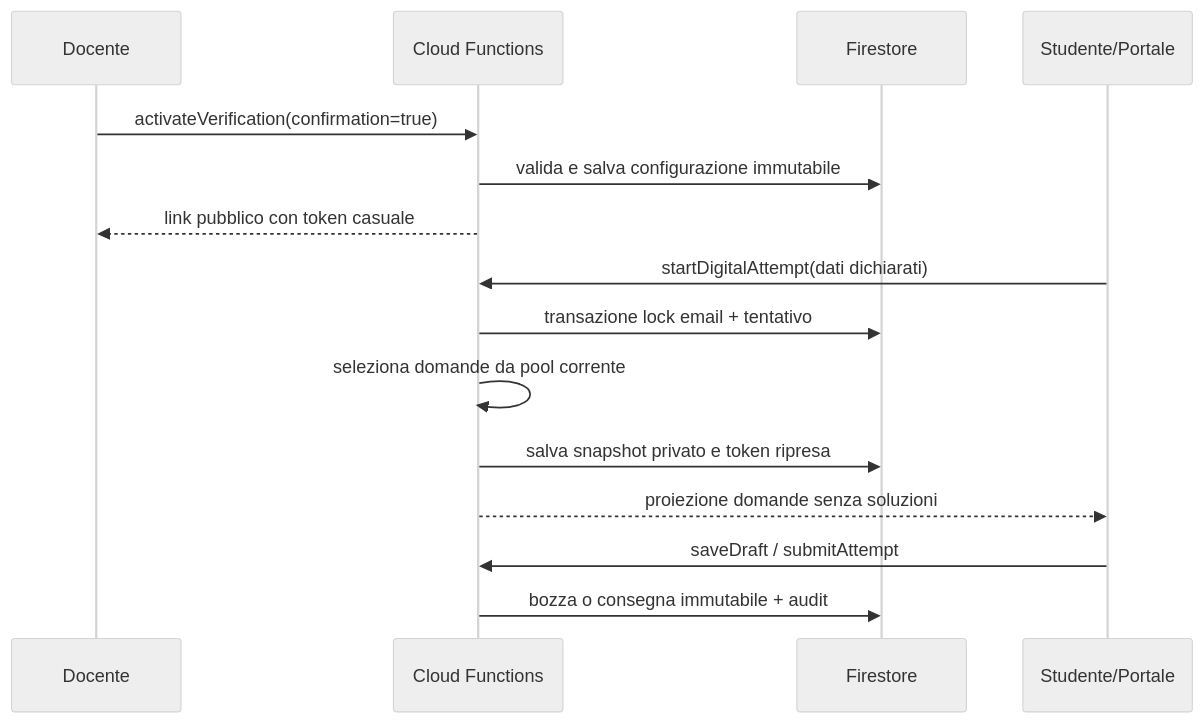
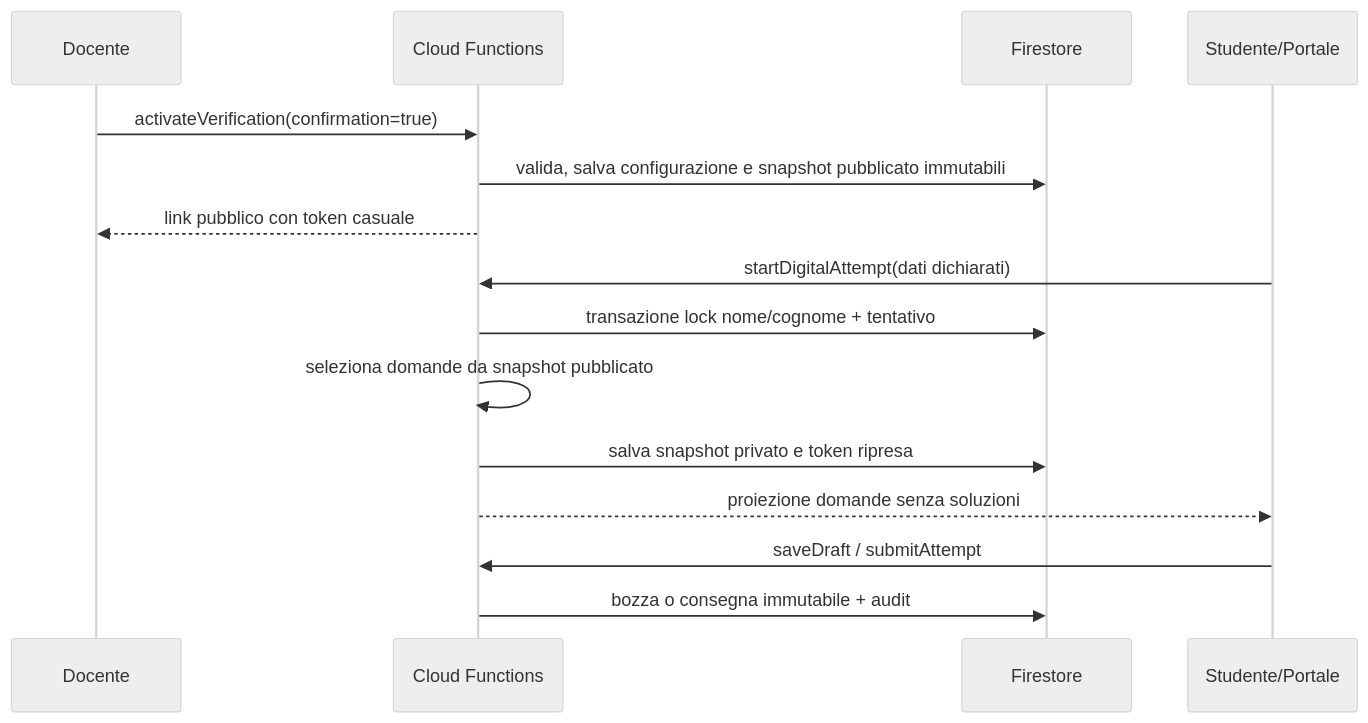
One commit to EnricoPaparo/SchoolForge changed the diagram in documentazione/diagrammi/sequence-pubblicazione-verifica.md. Above: the diagram before and after it, drawn with Mermaid (neutral theme). The commit also changed other lines of this file and 15 other files, not shown here.

````diff
--- a/documentazione/diagrammi/sequence-pubblicazione-verifica.md
+++ b/documentazione/diagrammi/sequence-pubblicazione-verifica.md
@@ -3,20 +3,20 @@
 ```mermaid
 sequenceDiagram
     participant D as Docente
     participant B as Cloud Functions
     participant F as Firestore
     participant S as Studente/Portale
 
     D->>B: activateVerification(confirmation=true)
-    B->>F: valida e salva configurazione immutabile
+    B->>F: valida, salva configurazione e snapshot pubblicato immutabili
     B-->>D: link pubblico con token casuale
 
     S->>B: startDigitalAttempt(dati dichiarati)
-    B->>F: transazione lock email + tentativo
-    B->>B: seleziona domande da pool corrente
+    B->>F: transazione lock nome/cognome + tentativo
+    B->>B: seleziona domande da snapshot pubblicato
     B->>F: salva snapshot privato e token ripresa
     B-->>S: proiezione domande senza soluzioni
 
     S->>B: saveDraft / submitAttempt
     B->>F: bozza o consegna immutabile + audit
 ```
````
